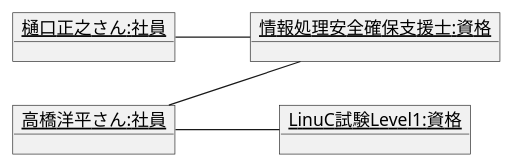
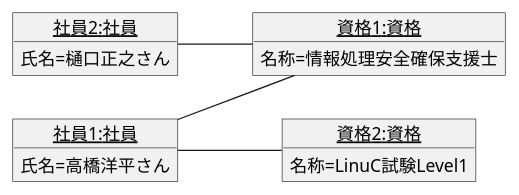
The diagram in 演習3-6_OBJ_資格取得のオブジェクト図.pu (takumiTakahata/uml-introduction), drawn with PlantUML before and after one commit.

Commit message:
演習3-6修正

```diff
--- a/演習3-6_OBJ_資格取得のオブジェクト図.pu
+++ b/演習3-6_OBJ_資格取得のオブジェクト図.pu
@@ -1,18 +1,18 @@
 @startuml
 left to right direction
-object "<u>高橋洋平さん:社員</u>" as t{
-    
+object "<u>社員1:社員</u>" as t{
+    氏名=高橋洋平さん
 }
-object "<u>樋口正之さん:社員</u>" as h{
-    
+object "<u>社員2:社員</u>" as h{
+    氏名=樋口正之さん
 }
-object "<u>情報処理安全確保支援士:資格</u>" as z{
-    
+object "<u>資格1:資格</u>" as z{
+    名称=情報処理安全確保支援士
 }
-object "<u>LinuC試験Level1:資格</u>" as l{
-    
+object "<u>資格2:資格</u>" as l{
+    名称=LinuC試験Level1
 }
 t -- z
 h -- z
 t -- l
 @enduml
```
